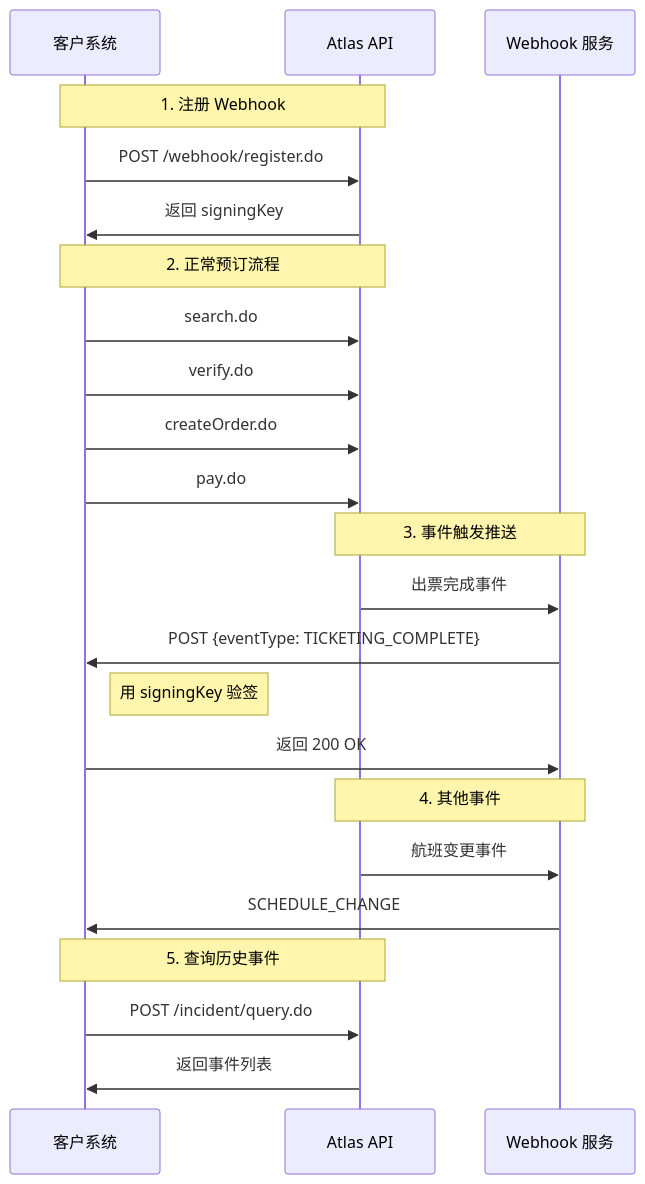
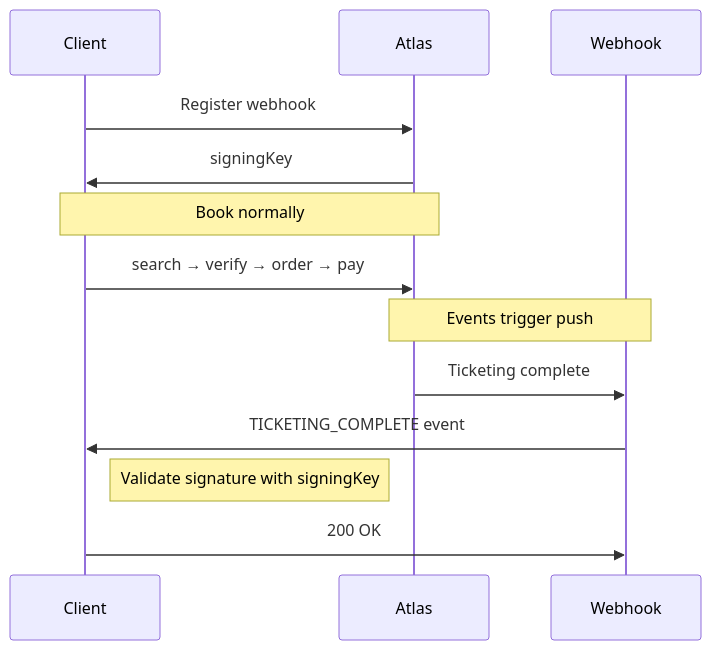
Before and after one commit to atlas-doc/Monorepo: the second of 2 diagrams in en/readme-1/product-feature-tree.md, drawn with Mermaid. The commit also changed other lines of this file and 1 other file, not shown here.

Commit message:
docs: align capability map style with rest of docs - English, GitBook tabs/hints

````diff
--- a/en/readme-1/product-feature-tree.md
+++ b/en/readme-1/product-feature-tree.md
@@ -229,30 +228,17 @@
 ```mermaid
 sequenceDiagram
-    participant C as 客户系统
-    participant A as Atlas API
-    participant W as Webhook 服务
+    participant Client
+    participant Atlas
+    participant Webhook
 
-    Note over C,A: 1. 注册 Webhook
-    C->>A: POST /webhook/register.do
-    A->>C: 返回 signingKey
+    Client->>Atlas: Register webhook
+    Atlas->>Client: signingKey
+    Note over Client,Atlas: Book normally
+    Client->>Atlas: search → verify → order → pay
     
-    Note over C,A: 2. 正常预订流程
-    C->>A: search.do
-    C->>A: verify.do
-    C->>A: createOrder.do
-    C->>A: pay.do
-    
-    Note over A,W: 3. 事件触发推送
-    A->>W: 出票完成事件
-    W->>C: POST {eventType: TICKETING_COMPLETE}
-    Note right of C: 用 signingKey 验签
-    C->>W: 返回 200 OK
-    
-    Note over A,W: 4. 其他事件
-    A->>W: 航班变更事件
-    W->>C: SCHEDULE_CHANGE
-    
-    Note over C,A: 5. 查询历史事件
-    C->>A: POST /incident/query.do
-    A->>C: 返回事件列表
+    Note over Atlas,Webhook: Events trigger push
+    Atlas->>Webhook: Ticketing complete
+    Webhook->>Client: TICKETING_COMPLETE event
+    Note right of Client: Validate signature with signingKey
+    Client->>Webhook: 200 OK
 ```
````
